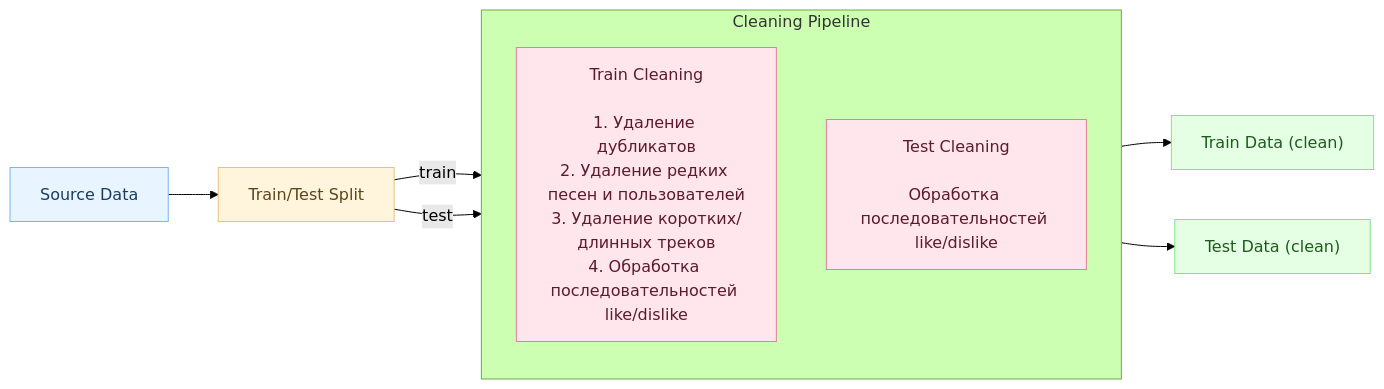
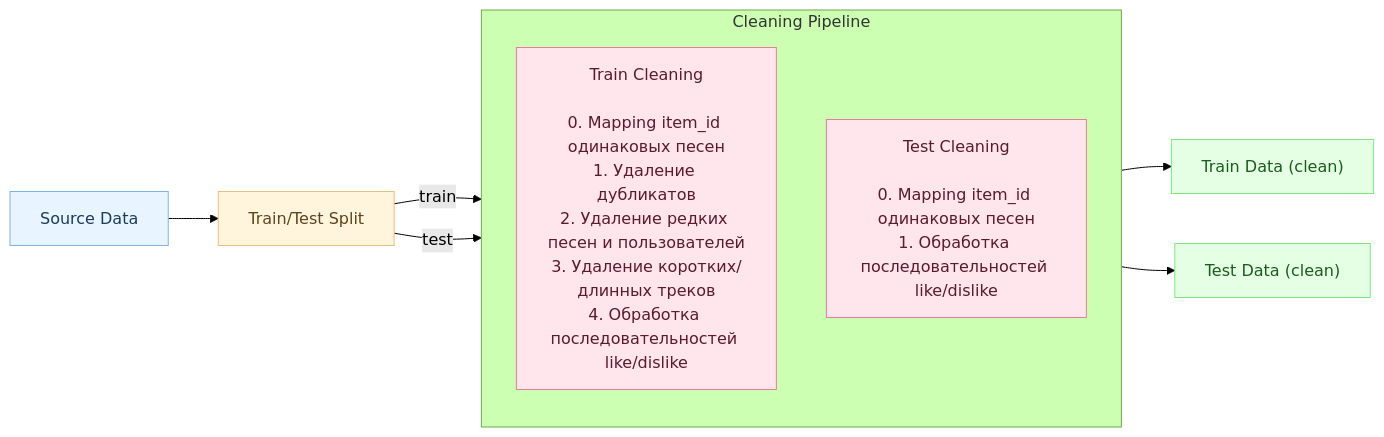
The first of 2 diagrams in README.md (Nastasy822/music-recommendation-experiments), drawn with Mermaid (forest theme) before and after one commit.

Commit message:
docs(readme): update diagram

````diff
--- a/README.md
+++ b/README.md
@@ -106,39 +106,39 @@
 ```mermaid
 flowchart LR
 
     %% === Исходные данные ===
     SRC["Source Data"]
 
     %% === Train/Test Split ===
     SPLIT["Train/Test Split"]
 
     %% === Cleaning блок ===
     subgraph CLEANING["Cleaning Pipeline"]
         direction TB
-        TRAIN_CLN["Train Cleaning<br/><br/>1. Удаление дубликатов<br/>2. Удаление редких песен и пользователей<br/>3. Удаление коротких/длинных треков<br/>4. Обработка последовательностей like/dislike"]
-        TEST_CLN["Test Cleaning<br/><br/>Обработка последовательностей like/dislike"]
+        TRAIN_CLN["Train Cleaning<br/><br/>0. Mapping item_id одинаковых песен<br/>1. Удаление дубликатов<br/>2. Удаление редких песен и пользователей<br/>3. Удаление коротких/длинных треков<br/>4. Обработка последовательностей like/dislike"]
+        TEST_CLN["Test Cleaning<br/><br/>0. Mapping item_id одинаковых песен<br/>1. Обработка последовательностей like/dislike"]
     end
 
     PRE_TRAIN["Train Data (clean)"]
     PRE_TEST["Test Data (clean)"]
 
     %% === Потоки ===
     SRC --> SPLIT
     SPLIT -->|train| TRAIN_CLN
     SPLIT -->|test| TEST_CLN
 
     TRAIN_CLN --> PRE_TRAIN
     TEST_CLN --> PRE_TEST
 
     %% === Стили ===
     classDef source fill:#e8f4ff,stroke:#7db4e6,color:#1a3d5c;
     classDef split fill:#fff5dd,stroke:#e6c27d,color:#5c451a;
     classDef clean fill:#ffe6ec,stroke:#e67d9c,color:#5c1a2f;
     classDef result fill:#e5ffe5,stroke:#7de67d,color:#1a5c1a;
 
     class SRC source;
     class SPLIT split;
     class TRAIN_CLN,TEST_CLN clean;
     class PRE_TRAIN,PRE_TEST result;
 
 ```
````
